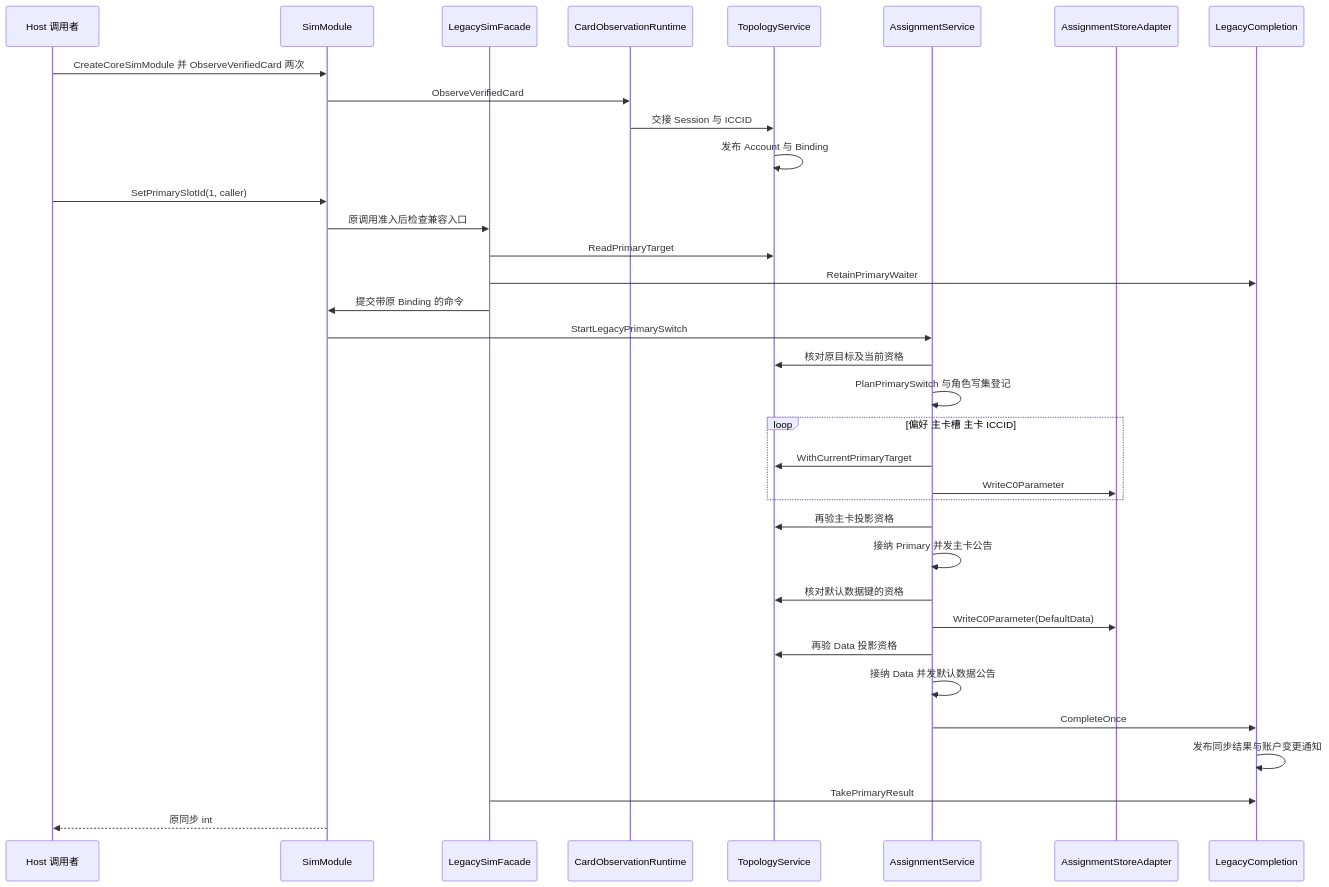
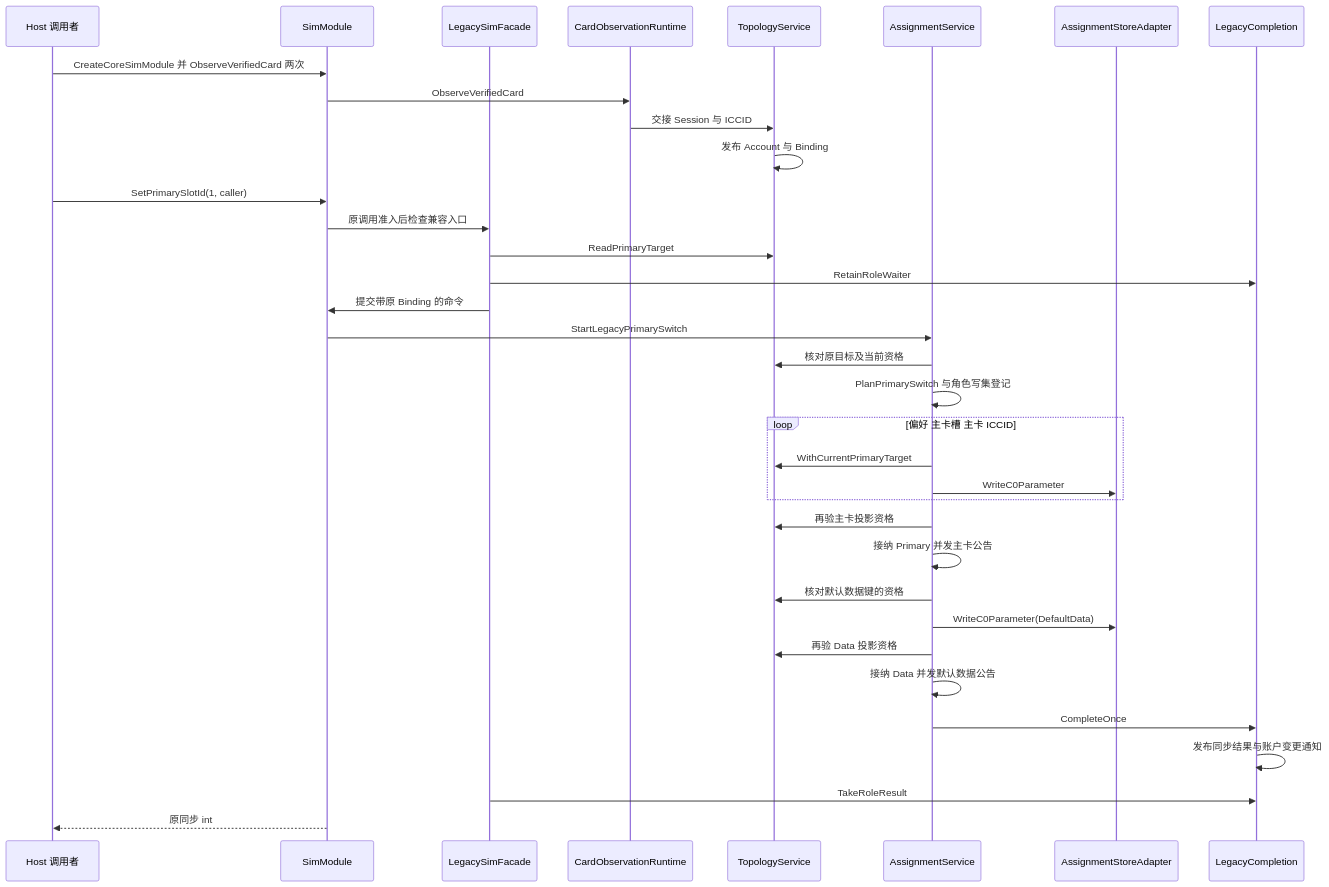
Before and after one commit to zjuluowu/multisim: the diagram in telephony_core_service/services/multisim/test/docs/M3_Primary_Debug.md, drawn with Mermaid. The commit also changed other lines of this file and 21 other files, not shown here.

````diff
--- a/telephony_core_service/services/multisim/test/docs/M3_Primary_Debug.md
+++ b/telephony_core_service/services/multisim/test/docs/M3_Primary_Debug.md
@@ -66,37 +66,37 @@
 ```mermaid
 sequenceDiagram
     participant U as Host 调用者
     participant H as SimModule
     participant C as LegacySimFacade
     participant R as CardObservationRuntime
     participant T as TopologyService
     participant A as AssignmentService
     participant P as AssignmentStoreAdapter
     participant E as LegacyCompletion
     U->>H: CreateCoreSimModule 并 ObserveVerifiedCard 两次
     H->>R: ObserveVerifiedCard
     R->>T: 交接 Session 与 ICCID
     T->>T: 发布 Account 与 Binding
     U->>H: SetPrimarySlotId(1, caller)
     H->>C: 原调用准入后检查兼容入口
     C->>T: ReadPrimaryTarget
-    C->>E: RetainPrimaryWaiter
+    C->>E: RetainRoleWaiter
     C->>H: 提交带原 Binding 的命令
     H->>A: StartLegacyPrimarySwitch
     A->>T: 核对原目标及当前资格
     A->>A: PlanPrimarySwitch 与角色写集登记
     loop 偏好 主卡槽 主卡 ICCID
         A->>T: WithCurrentPrimaryTarget
         A->>P: WriteC0Parameter
     end
     A->>T: 再验主卡投影资格
     A->>A: 接纳 Primary 并发主卡公告
     A->>T: 核对默认数据键的资格
     A->>P: WriteC0Parameter(DefaultData)
     A->>T: 再验 Data 投影资格
     A->>A: 接纳 Data 并发默认数据公告
     A->>E: CompleteOnce
     E->>E: 发布同步结果与账户变更通知
-    C->>E: TakePrimaryResult
+    C->>E: TakeRoleResult
     H-->>U: 原同步 int
 ```
````
